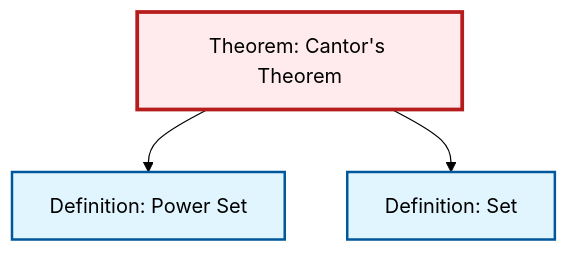
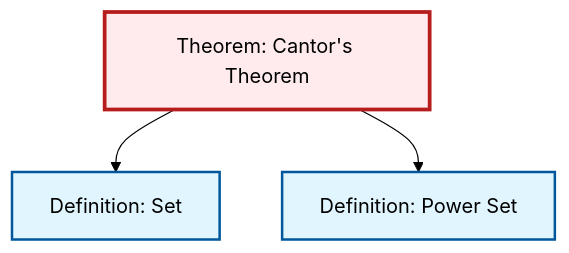
The second of 2 diagrams in content/ja/logic-set-theory/thm-cantor.qmd (RK0429/ModernMath), drawn with Mermaid (forest theme) before and after one commit. The commit also changed other lines of this file and 491 other files, not shown here.

````diff
--- a/content/ja/logic-set-theory/thm-cantor.qmd
+++ b/content/ja/logic-set-theory/thm-cantor.qmd
@@ -71,17 +71,17 @@
 ```{mermaid}
 %%| fig-cap: "Local dependency graph"
 graph TD
     classDef definition fill:#e1f5fe,stroke:#01579b,stroke-width:2px
     classDef theorem fill:#f3e5f5,stroke:#4a148c,stroke-width:2px
     classDef axiom fill:#fff3e0,stroke:#e65100,stroke-width:2px
     classDef example fill:#e8f5e9,stroke:#1b5e20,stroke-width:2px
     classDef current fill:#ffebee,stroke:#b71c1c,stroke-width:3px
+    def-set["Definition: Set"]:::definition
     def-power-set["Definition: Power Set"]:::definition
     thm-cantor["Theorem: Cantor's Theorem"]:::theorem
-    def-set["Definition: Set"]:::definition
+    thm-cantor --> def-set
     thm-cantor --> def-power-set
-    thm-cantor --> def-set
     class thm-cantor current
+    click def-set "def-set.html" "Definition: Setへ"
     click def-power-set "def-power-set.html" "Definition: Power Setへ"
-    click def-set "def-set.html" "Definition: Setへ"
 ```
````
